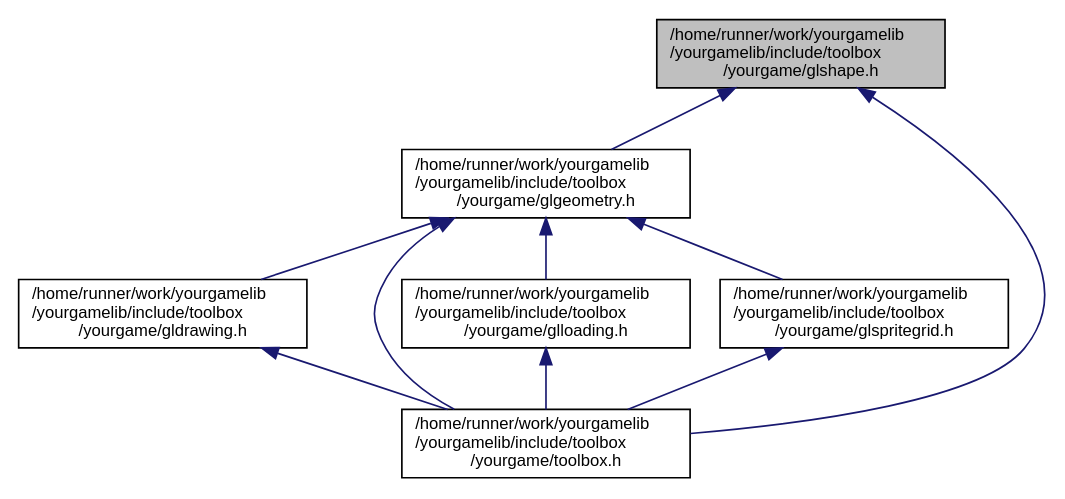
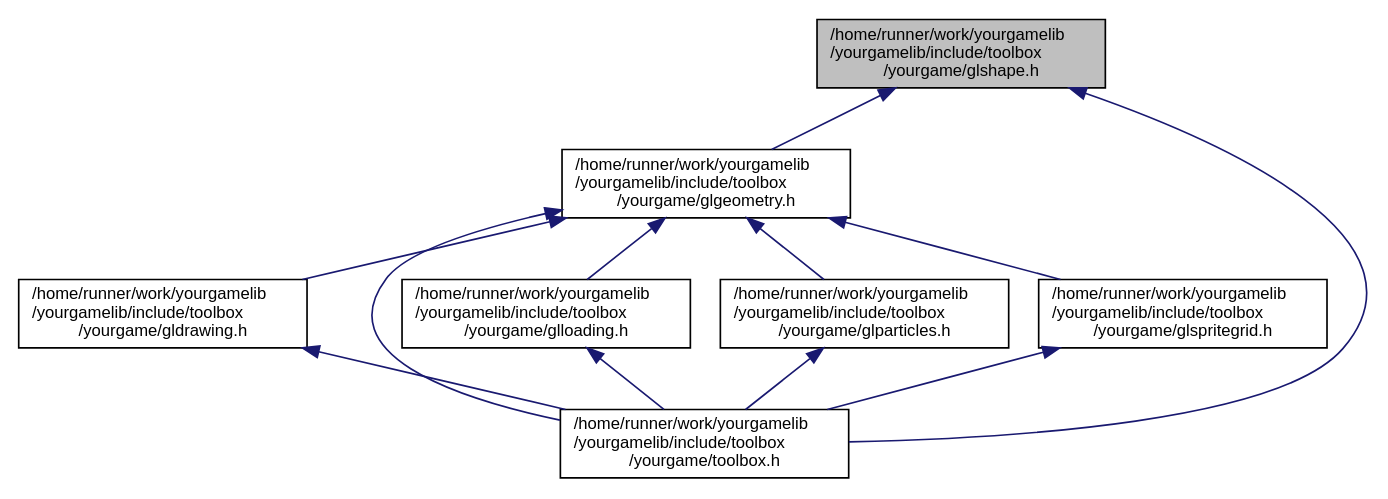
One commit to duddel/yourgamelib changed the diagram in glshape_8h__dep__incl.dot. Above: the diagram before and after it, drawn with Graphviz. The commit also changed 121 other files, not shown here.

```diff
--- a/glshape_8h__dep__incl.dot
+++ b/glshape_8h__dep__incl.dot
@@ -1,20 +1,23 @@
 digraph "/home/runner/work/yourgamelib/yourgamelib/include/toolbox/yourgame/glshape.h"
 {
   edge [fontname="Helvetica",fontsize="10",labelfontname="Helvetica",labelfontsize="10"];
   node [fontname="Helvetica",fontsize="10",shape=record];
   Node4 [label="/home/runner/work/yourgamelib\l/yourgamelib/include/toolbox\l/yourgame/glshape.h",height=0.2,width=0.4,color="black", fillcolor="grey75", style="filled", fontcolor="black"];
   Node4 -> Node5 [dir="back",color="midnightblue",fontsize="10",style="solid",fontname="Helvetica"];
   Node5 [label="/home/runner/work/yourgamelib\l/yourgamelib/include/toolbox\l/yourgame/glgeometry.h",height=0.2,width=0.4,color="black", fillcolor="white", style="filled",URL="$glgeometry_8h.html"];
   Node5 -> Node6 [dir="back",color="midnightblue",fontsize="10",style="solid",fontname="Helvetica"];
   Node6 [label="/home/runner/work/yourgamelib\l/yourgamelib/include/toolbox\l/yourgame/gldrawing.h",height=0.2,width=0.4,color="black", fillcolor="white", style="filled",URL="$gldrawing_8h.html"];
   Node6 -> Node7 [dir="back",color="midnightblue",fontsize="10",style="solid",fontname="Helvetica"];
   Node7 [label="/home/runner/work/yourgamelib\l/yourgamelib/include/toolbox\l/yourgame/toolbox.h",height=0.2,width=0.4,color="black", fillcolor="white", style="filled",URL="$toolbox_8h.html"];
   Node5 -> Node8 [dir="back",color="midnightblue",fontsize="10",style="solid",fontname="Helvetica"];
   Node8 [label="/home/runner/work/yourgamelib\l/yourgamelib/include/toolbox\l/yourgame/glloading.h",height=0.2,width=0.4,color="black", fillcolor="white", style="filled",URL="$glloading_8h.html"];
   Node8 -> Node7 [dir="back",color="midnightblue",fontsize="10",style="solid",fontname="Helvetica"];
   Node5 -> Node9 [dir="back",color="midnightblue",fontsize="10",style="solid",fontname="Helvetica"];
-  Node9 [label="/home/runner/work/yourgamelib\l/yourgamelib/include/toolbox\l/yourgame/glspritegrid.h",height=0.2,width=0.4,color="black", fillcolor="white", style="filled",URL="$glspritegrid_8h.html"];
+  Node9 [label="/home/runner/work/yourgamelib\l/yourgamelib/include/toolbox\l/yourgame/glparticles.h",height=0.2,width=0.4,color="black", fillcolor="white", style="filled",URL="$glparticles_8h.html"];
   Node9 -> Node7 [dir="back",color="midnightblue",fontsize="10",style="solid",fontname="Helvetica"];
+  Node5 -> Node10 [dir="back",color="midnightblue",fontsize="10",style="solid",fontname="Helvetica"];
+  Node10 [label="/home/runner/work/yourgamelib\l/yourgamelib/include/toolbox\l/yourgame/glspritegrid.h",height=0.2,width=0.4,color="black", fillcolor="white", style="filled",URL="$glspritegrid_8h.html"];
+  Node10 -> Node7 [dir="back",color="midnightblue",fontsize="10",style="solid",fontname="Helvetica"];
   Node5 -> Node7 [dir="back",color="midnightblue",fontsize="10",style="solid",fontname="Helvetica"];
   Node4 -> Node7 [dir="back",color="midnightblue",fontsize="10",style="solid",fontname="Helvetica"];
 }
```
